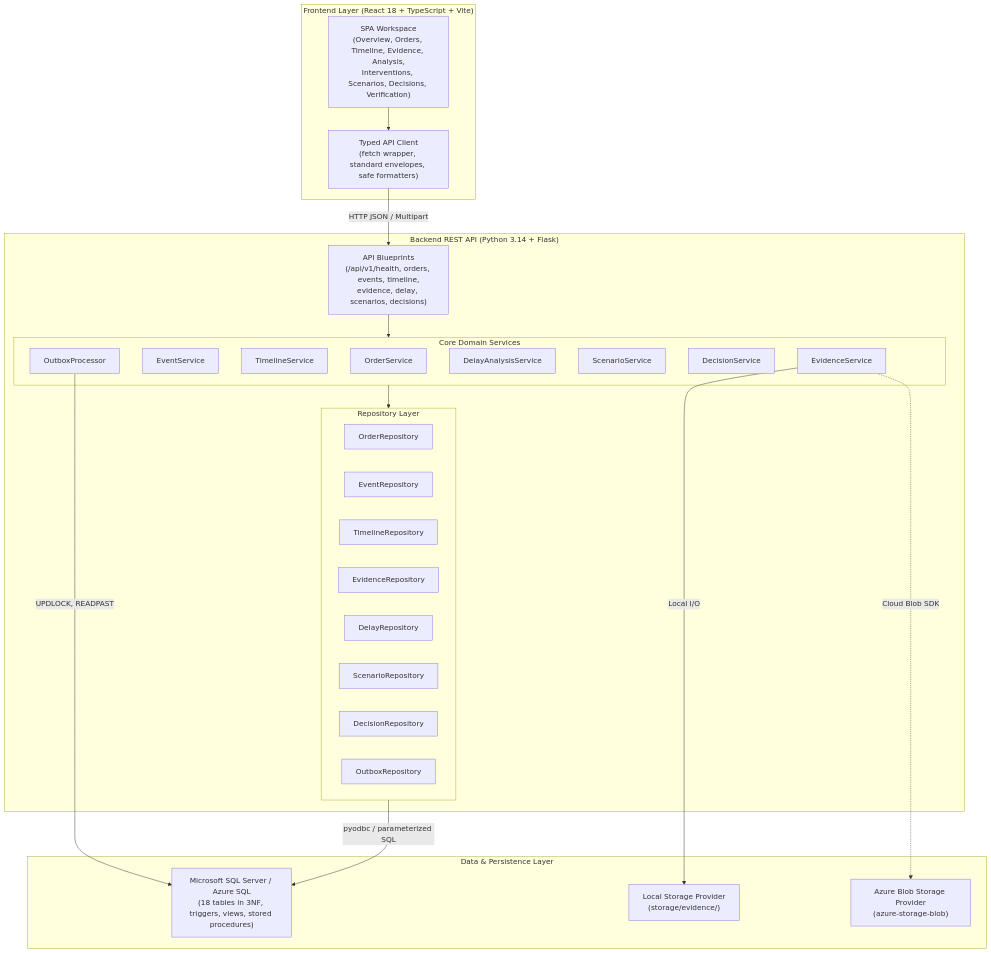
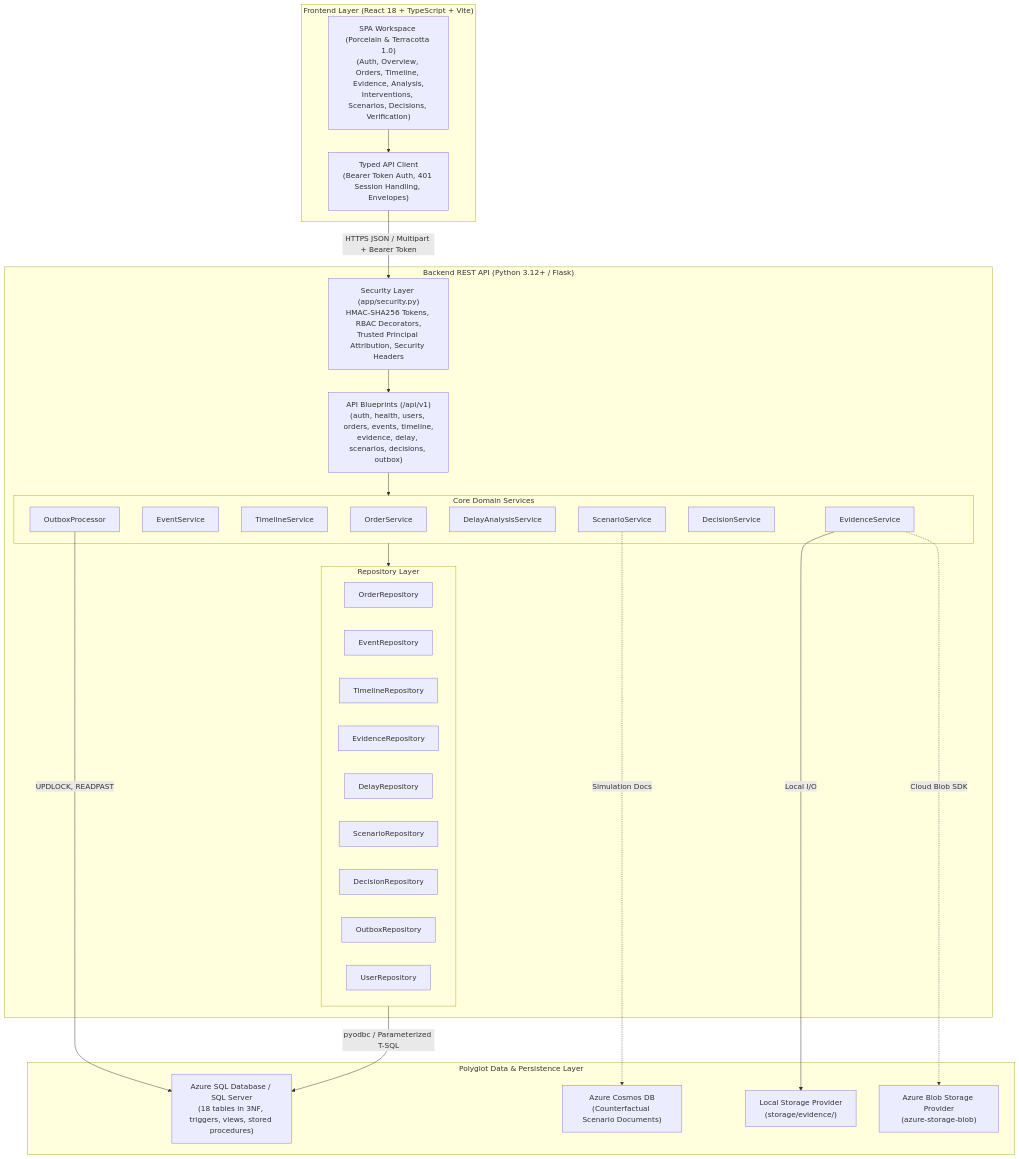
Before and after one commit to Akshat-240/CAUSARA-: the first of 2 diagrams in README.md, drawn with Mermaid. The commit also changed other lines of this file and 36 other files, not shown here.

First line of the commit message:
feat(security,integration): enforce backend RBAC/auth, fix business logic, update docs and verify M1-M3

````diff
--- a/README.md
+++ b/README.md
@@ -62,48 +73,54 @@
 ```mermaid
 flowchart TD
     subgraph Client["Frontend Layer (React 18 + TypeScript + Vite)"]
-        UI["SPA Workspace\n(Overview, Orders, Timeline, Evidence, Analysis,\nInterventions, Scenarios, Decisions, Verification)"]
-        ApiClient["Typed API Client\n(fetch wrapper, standard envelopes, safe formatters)"]
+        UI["SPA Workspace (Porcelain & Terracotta 1.0)\n(Auth, Overview, Orders, Timeline, Evidence, Analysis,\nInterventions, Scenarios, Decisions, Verification)"]
+        ApiClient["Typed API Client\n(Bearer Token Auth, 401 Session Handling, Envelopes)"]
         UI --> ApiClient
     end
 
-    subgraph Server["Backend REST API (Python 3.14 + Flask)"]
-        Routes["API Blueprints\n(/api/v1/health, orders, events, timeline,\nevidence, delay, scenarios, decisions)"]
+    subgraph Server["Backend REST API (Python 3.12+ / Flask)"]
+        Security["Security Layer (app/security.py)\nHMAC-SHA256 Tokens, RBAC Decorators,\nTrusted Principal Attribution, Security Headers"]
+        Routes["API Blueprints (/api/v1)\n(auth, health, users, orders, events, timeline,\nevidence, delay, scenarios, decisions, outbox)"]
 
         subgraph DomainServices["Core Domain Services"]
             OrderSvc["OrderService"]
             EventSvc["EventService"]
             TimelineSvc["TimelineService"]
             EvidenceSvc["EvidenceService"]
             DelaySvc["DelayAnalysisService"]
             ScenarioSvc["ScenarioService"]
             DecisionSvc["DecisionService"]
             OutboxProc["OutboxProcessor"]
         end
 
         subgraph Repositories["Repository Layer"]
             OrderRepo["OrderRepository"]
             EventRepo["EventRepository"]
             TimelineRepo["TimelineRepository"]
             EvidenceRepo["EvidenceRepository"]
             DelayRepo["DelayRepository"]
             ScenarioRepo["ScenarioRepository"]
             DecisionRepo["DecisionRepository"]
             OutboxRepo["OutboxRepository"]
+            UserRepo["UserRepository"]
         end
+
+        Security --> Routes
+        Routes --> DomainServices
+        DomainServices --> Repositories
     end
 
-    subgraph DataStore["Data & Persistence Layer"]
-        SQL["Microsoft SQL Server / Azure SQL\n(18 tables in 3NF, triggers, views, stored procedures)"]
+    subgraph DataStore["Polyglot Data & Persistence Layer"]
+        SQL["Azure SQL Database / SQL Server\n(18 tables in 3NF, triggers, views, stored procedures)"]
+        Cosmos["Azure Cosmos DB\n(Counterfactual Scenario Documents)"]
         StorageLocal["Local Storage Provider\n(storage/evidence/)"]
         StorageAzure["Azure Blob Storage Provider\n(azure-storage-blob)"]
     end
 
-    ApiClient -->|HTTP JSON / Multipart| Routes
-    Routes --> DomainServices
-    DomainServices --> Repositories
-    Repositories -->|pyodbc / parameterized SQL| SQL
-    EvidenceSvc -->|Local I/O| StorageLocal
-    EvidenceSvc -.->|Cloud Blob SDK| StorageAzure
-    OutboxProc -->|UPDLOCK, READPAST| SQL
+    ApiClient -->|"HTTPS JSON / Multipart + Bearer Token"| Security
+    Repositories -->|"pyodbc / Parameterized T-SQL"| SQL
+    ScenarioSvc -.->|"Simulation Docs"| Cosmos
+    EvidenceSvc -->|"Local I/O"| StorageLocal
+    EvidenceSvc -.->|"Cloud Blob SDK"| StorageAzure
+    OutboxProc -->|"UPDLOCK, READPAST"| SQL
 ```
````
